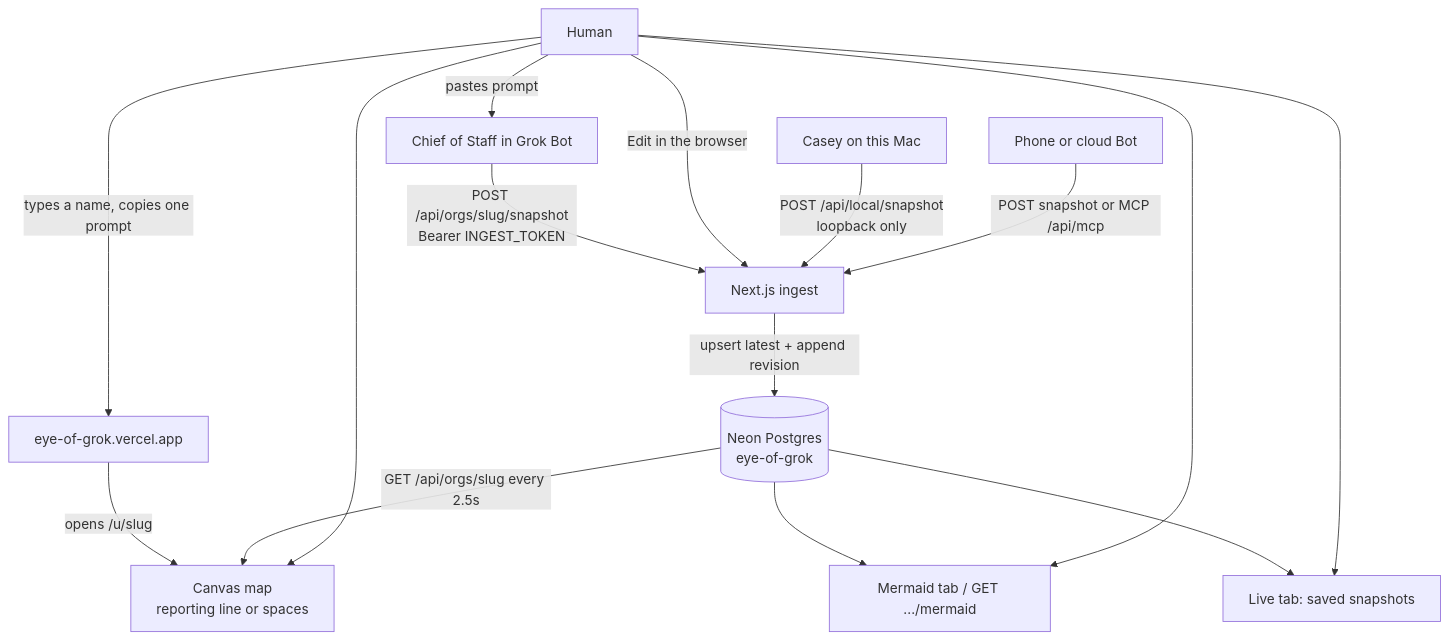
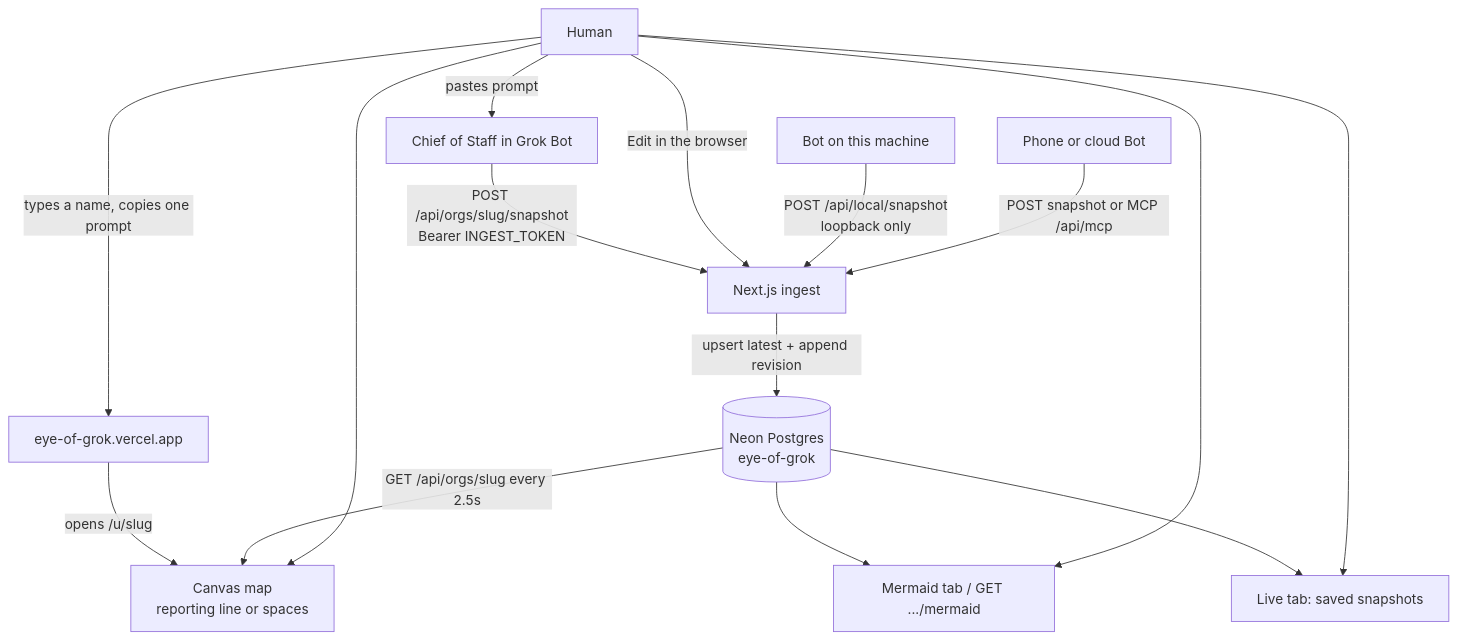
Before and after one commit to supe-log/eye-of-grok: the diagram in README.md, drawn with Mermaid. The commit also changed other lines of this file and 5 other files, not shown here.

````diff
--- a/README.md
+++ b/README.md
@@ -25,17 +25,17 @@
 ```mermaid
 flowchart TD
   Human[Human] -->|"types a name, copies one prompt"| Home["eye-of-grok.vercel.app"]
   Home -->|"opens /u/slug"| Map["Canvas map<br/>reporting line or spaces"]
   Human -->|"pastes prompt"| CoS[Chief of Staff in Grok Bot]
   CoS -->|"POST /api/orgs/slug/snapshot<br/>Bearer INGEST_TOKEN"| API[Next.js ingest]
   Human -->|"Edit in the browser"| API
-  Laptop[Casey on this Mac] -->|"POST /api/local/snapshot<br/>loopback only"| API
+  Laptop[Bot on this machine] -->|"POST /api/local/snapshot<br/>loopback only"| API
   CloudCoS[Phone or cloud Bot] -->|"POST snapshot or MCP /api/mcp"| API
   API -->|"upsert latest + append revision"| Neon[(Neon Postgres<br/>eye-of-grok)]
   Neon -->|"GET /api/orgs/slug every 2.5s"| Map
   Neon --> Export["Mermaid tab / GET .../mermaid"]
   Neon --> History["Live tab: saved snapshots"]
   Human --> Map
   Human --> Export
   Human --> History
 ```
````
